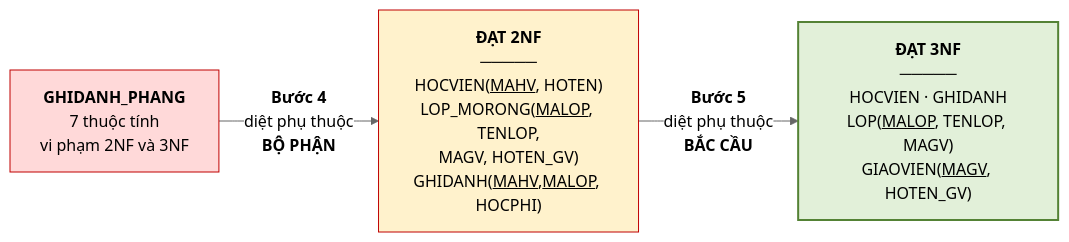
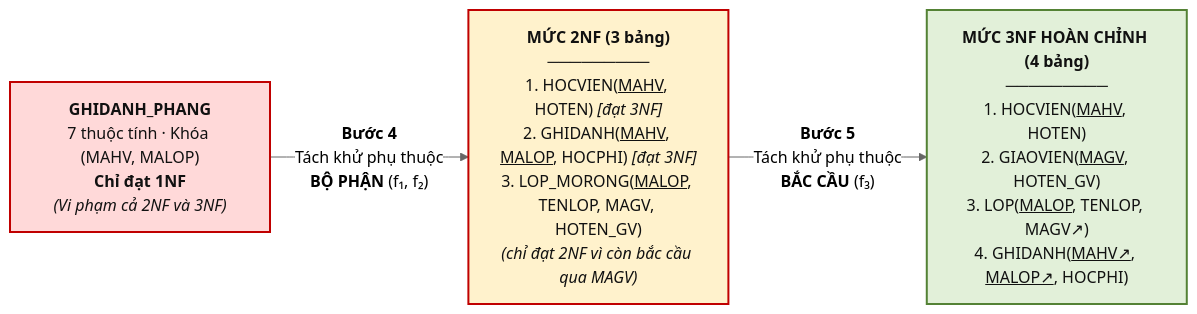
The diagram in docs/chuong-5/5-9-quy-trinh-chuan-hoa-hoan-chinh.md (CuongNguyenDAU/csdl-dbs201), drawn with Mermaid (neutral theme) before and after one commit. The commit also changed other lines of this file and 123 other files, not shown here.

Commit message:
Cập nhật bài giảng v7: sơ đồ ER ký pháp Chen, hình minh họa tự vẽ, mở rộng toàn diện Chương 5 và bổ sung lời giải A4, B5

````diff
--- a/docs/chuong-5/5-9-quy-trinh-chuan-hoa-hoan-chinh.md
+++ b/docs/chuong-5/5-9-quy-trinh-chuan-hoa-hoan-chinh.md
@@ -72,9 +114,9 @@
 ```mermaid
 flowchart LR
-    P["<b>GHIDANH_PHANG</b><br/>7 thuộc tính<br/>vi phạm 2NF và 3NF"]
-    P -->|"<b>Bước 4</b><br/>diệt phụ thuộc<br/><b>BỘ PHẬN</b>"| B2["<b>ĐẠT 2NF</b><br/>─────<br/>HOCVIEN(<u>MAHV</u>, HOTEN)<br/>LOP_MORONG(<u>MALOP</u>, TENLOP,<br/>MAGV, HOTEN_GV)<br/>GHIDANH(<u>MAHV</u>,<u>MALOP</u>, HOCPHI)"]
-    B2 -->|"<b>Bước 5</b><br/>diệt phụ thuộc<br/><b>BẮC CẦU</b>"| B3["<b>ĐẠT 3NF</b><br/>─────<br/>HOCVIEN · GHIDANH<br/>LOP(<u>MALOP</u>, TENLOP, MAGV)<br/>GIAOVIEN(<u>MAGV</u>, HOTEN_GV)"]
-    style P fill:#FFD9D9,stroke:#C00000
-    style B2 fill:#FFF2CC,stroke:#C00000
-    style B3 fill:#E2F0D9,stroke:#548235,stroke-width:2px
+    P["<b>GHIDANH_PHANG</b><br/>7 thuộc tính · Khóa (MAHV, MALOP)<br/><b>Chỉ đạt 1NF</b><br/><i>(Vi phạm cả 2NF và 3NF)</i>"]
+    P -->|"<b>Bước 4</b><br/>Tách khử phụ thuộc<br/><b>BỘ PHẬN</b> (f₁, f₂)"| B2["<b>MỨC 2NF (3 bảng)</b><br/>─────────<br/>1. HOCVIEN(<u>MAHV</u>, HOTEN) <i>[đạt 3NF]</i><br/>2. GHIDANH(<u>MAHV</u>, <u>MALOP</u>, HOCPHI) <i>[đạt 3NF]</i><br/>3. LOP_MORONG(<u>MALOP</u>, TENLOP, MAGV, HOTEN_GV)<br/><i>(chỉ đạt 2NF vì còn bắc cầu qua MAGV)</i>"]
+    B2 -->|"<b>Bước 5</b><br/>Tách khử phụ thuộc<br/><b>BẮC CẦU</b> (f₃)"| B3["<b>MỨC 3NF HOÀN CHỈNH (4 bảng)</b><br/>─────────<br/>1. HOCVIEN(<u>MAHV</u>, HOTEN)<br/>2. GIAOVIEN(<u>MAGV</u>, HOTEN_GV)<br/>3. LOP(<u>MALOP</u>, TENLOP, MAGV↗)<br/>4. GHIDANH(<u>MAHV↗</u>, <u>MALOP↗</u>, HOCPHI)"]
+    style P fill:#FFD9D9,color:#111111,stroke:#C00000,stroke-width:2px
+    style B2 fill:#FFF2CC,color:#111111,stroke:#C00000,stroke-width:2px
+    style B3 fill:#E2F0D9,color:#111111,stroke:#548235,stroke-width:2px
 ```
````
